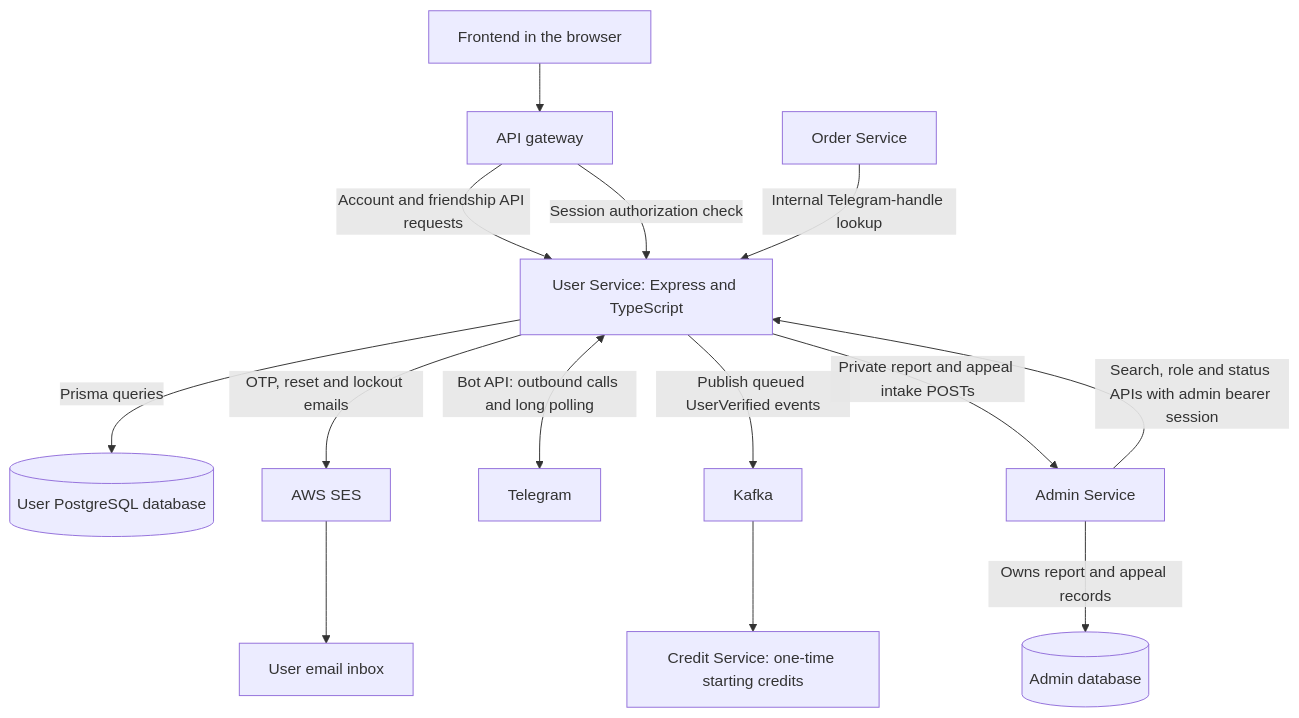
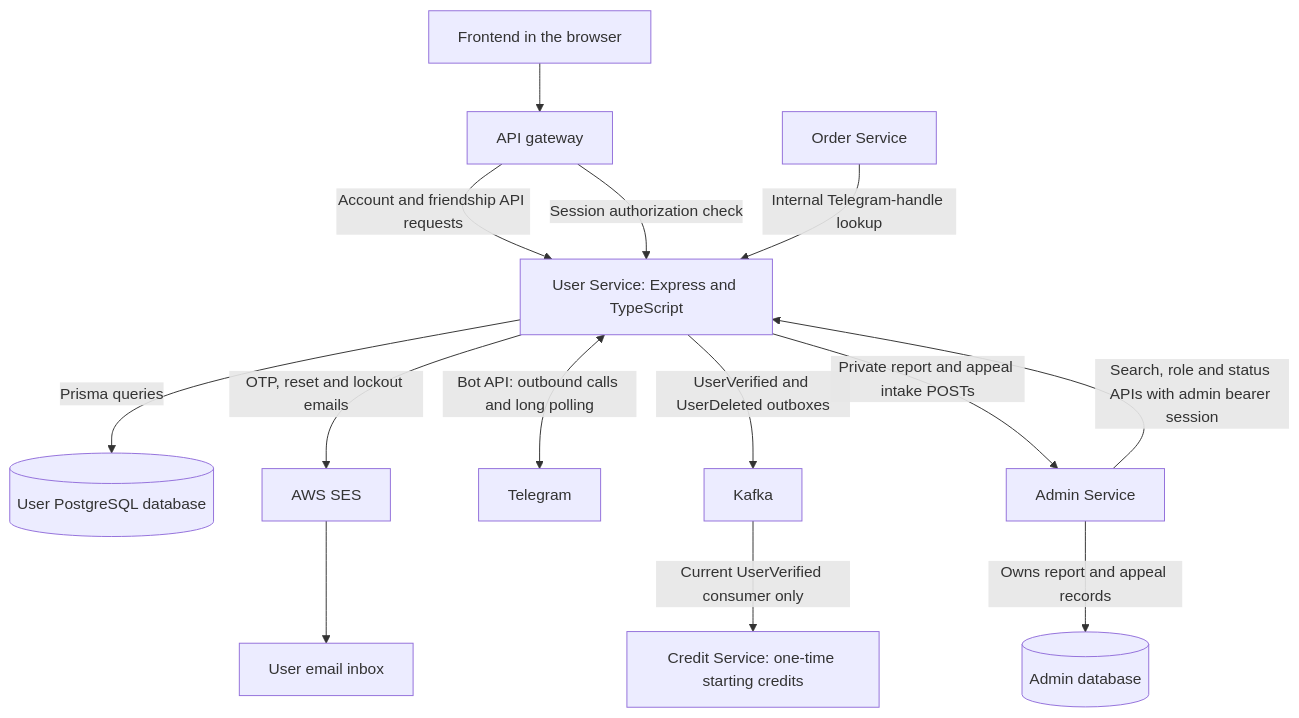
Before and after one commit to CS3219-AY2627S1/FoC-Template: the first of 2 diagrams in user-service/docs/architecture.md, drawn with Mermaid. The commit also changed other lines of this file and 16 other files, not shown here.

Commit message:
feat(user): publish final account deletion events through Kafka

````diff
--- a/user-service/docs/architecture.md
+++ b/user-service/docs/architecture.md
@@ -9,16 +9,16 @@
 ```mermaid
 flowchart TB
     browser[Frontend in the browser] --> gateway[API gateway]
     gateway -->|Account and friendship API requests| user[User Service: Express and TypeScript]
     gateway -->|Session authorization check| user
     user -->|Prisma queries| db[(User PostgreSQL database)]
     user -->|OTP, reset and lockout emails| ses[AWS SES]
     ses --> inbox[User email inbox]
     user <-->|Bot API: outbound calls and long polling| telegram[Telegram]
-    user -->|Publish queued UserVerified events| kafka[Kafka]
-    kafka --> credit[Credit Service: one-time starting credits]
+    user -->|UserVerified and UserDeleted outboxes| kafka[Kafka]
+    kafka -->|Current UserVerified consumer only| credit[Credit Service: one-time starting credits]
     order[Order Service] -->|Internal Telegram-handle lookup| user
     admin[Admin Service] -->|Search, role and status APIs with admin bearer session| user
     user -->|Private report and appeal intake POSTs| admin
     admin -->|Owns report and appeal records| admindb[(Admin database)]
 ```
````
